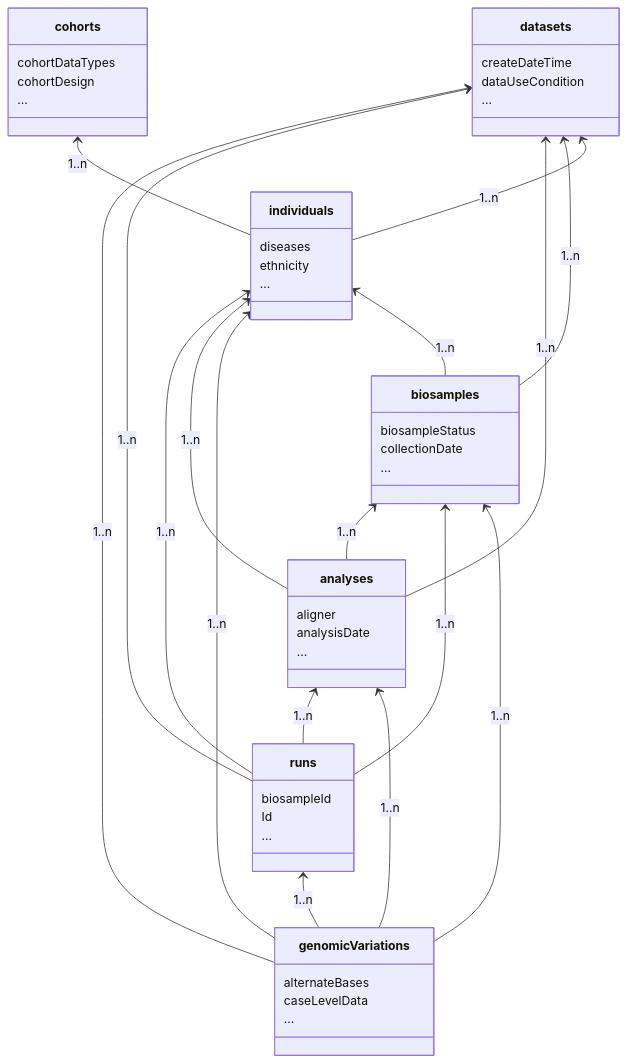
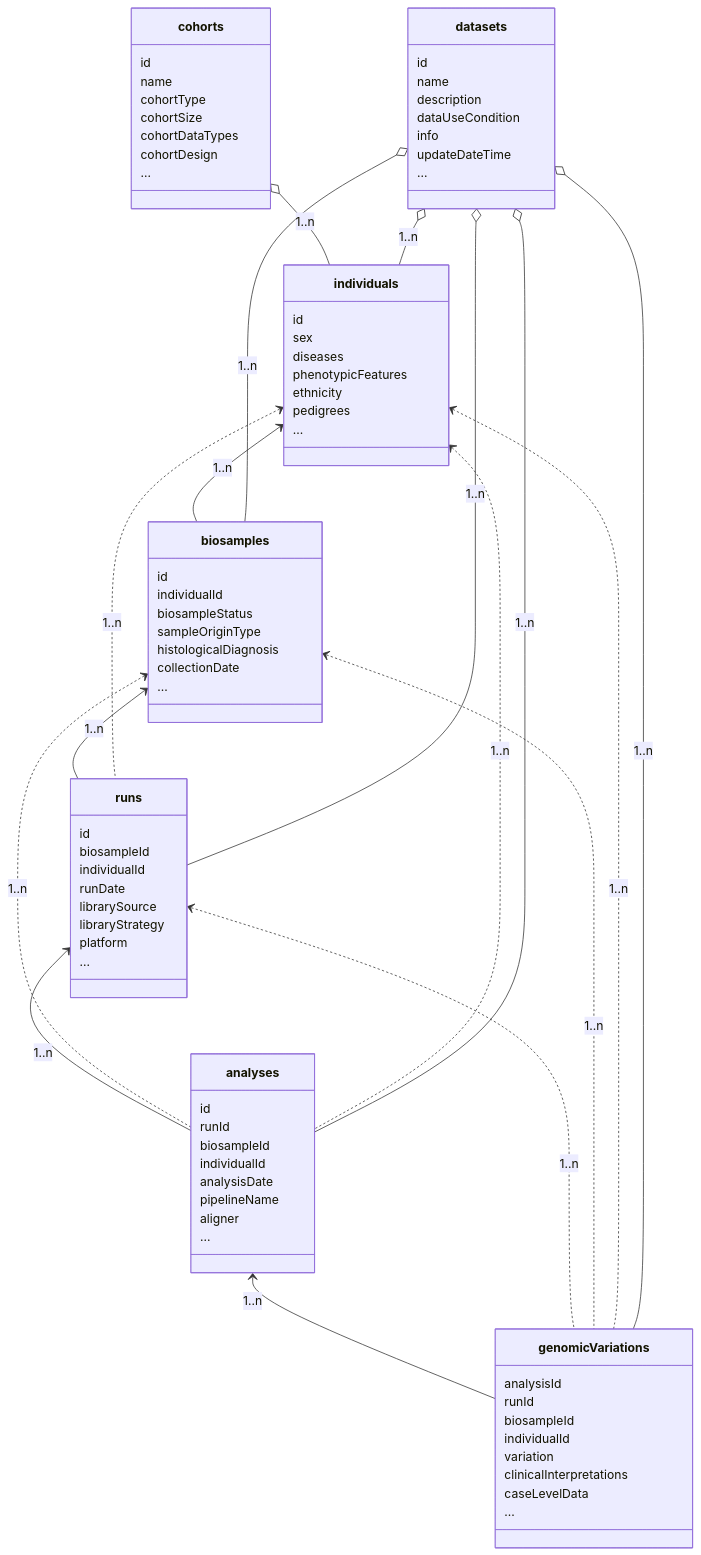
Before and after one commit to ga4gh-beacon/beacon-v2: the diagram in docs/models.md, drawn with Mermaid.

Commit message:
more graph cosmetics

````diff
--- a/docs/models.md
+++ b/docs/models.md
@@ -27,55 +27,87 @@
 ``` mermaid
 classDiagram
 
-    runs <-- genomicVariations : 1..n
-    analyses <-- runs : 1..n
     analyses <-- genomicVariations : 1..n
-    biosamples <-- analyses : 1..n
+    runs <-- analyses : 1..n
     biosamples <-- runs : 1..n
-    biosamples <-- genomicVariations : 1..n
-    individuals <-- runs : 1..n
-    individuals <-- analyses : 1..n
-    individuals <-- genomicVariations : 1..n
     individuals <-- biosamples : 1..n
 
-    cohorts <-- individuals : 1..n
-    datasets <-- genomicVariations : 1..n
-    datasets <-- runs : 1..n
-    datasets <-- analyses : 1..n
-    datasets <-- biosamples : 1..n
-    datasets <-- individuals : 1..n
+    runs <.. genomicVariations : 1..n
+    biosamples <.. genomicVariations : 1..n
+    individuals <.. genomicVariations : 1..n
+    biosamples <.. analyses : 1..n
+    individuals <.. analyses : 1..n
+    individuals <.. runs : 1..n
+
+    cohorts o-- individuals : 1..n
+    datasets o-- genomicVariations : 1..n
+    datasets o-- runs : 1..n
+    datasets o-- analyses : 1..n
+    datasets o-- biosamples : 1..n
+    datasets o-- individuals : 1..n
 
     class biosamples{
+        id
+        individualId
         biosampleStatus
+        sampleOriginType
+        histologicalDiagnosis
         collectionDate
         ...
     }
     class individuals{
+        id
+        sex
         diseases
+        phenotypicFeatures
         ethnicity
-        ...
-    }
-    class datasets{
-        createDateTime
-        dataUseCondition
+        pedigrees
         ...
     }
     class runs{
+        id
         biosampleId
-        Id
+        individualId
+        runDate
+        librarySource
+        libraryStrategy
+        platform
         ...
         }
     class genomicVariations{
-        alternateBases
+        analysisId
+        runId
+        biosampleId
+        individualId
+        variation
+        clinicalInterpretations
         caseLevelData
         ...
     }
     class analyses{
+        id
+        runId
+        biosampleId
+        individualId
+        analysisDate
+        pipelineName
         aligner
-        analysisDate
         ...
     }
-   class cohorts{
+    class datasets{
+        id
+        name
+        description
+        dataUseCondition
+        info
+        updateDateTime
+        ...
+    }
+    class cohorts{
+        id
+        name
+        cohortType
+        cohortSize
         cohortDataTypes
         cohortDesign
         ...
````
